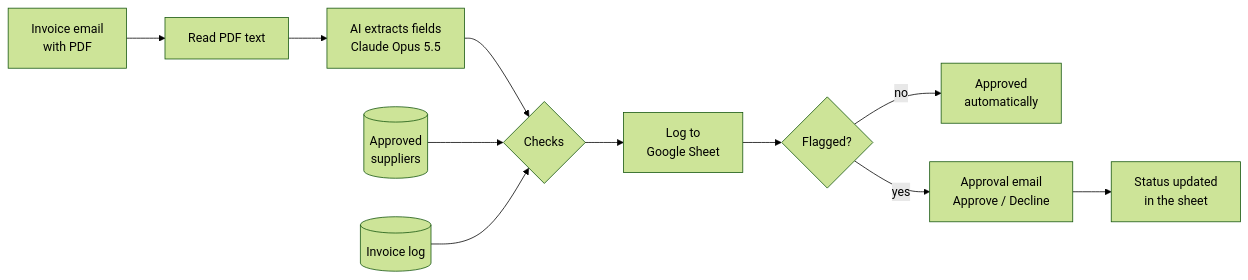
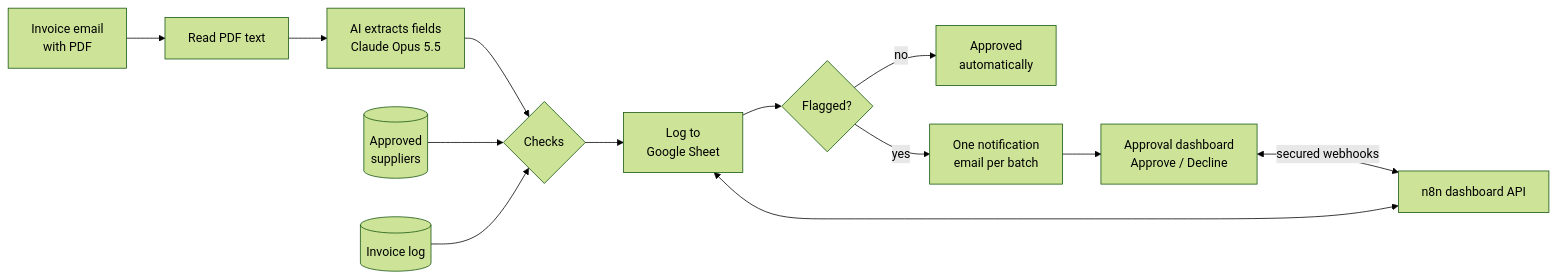
Before and after one commit to varzaria/invoice-automation: the diagram in README.md, drawn with Mermaid (forest theme). The commit also changed other lines of this file and 3 other files, not shown here.

Commit message:
Document the approval dashboard; back up both n8n workflows

````diff
--- a/README.md
+++ b/README.md
@@ -20,13 +21,15 @@
 ```mermaid
 flowchart LR
     E[Invoice email<br/>with PDF] --> X[Read PDF text]
     X --> AI[AI extracts fields<br/>Claude Opus 5.5]
     AI --> C{Checks}
     S[(Approved<br/>suppliers)] --> C
     L[(Invoice log)] --> C
     C --> G[Log to<br/>Google Sheet]
     G --> Q{Flagged?}
     Q -- "no" --> Done[Approved<br/>automatically]
-    Q -- "yes" --> M[Approval email<br/>Approve / Decline]
-    M --> U[Status updated<br/>in the sheet]
+    Q -- "yes" --> N[One notification<br/>email per batch]
+    N --> D[Approval dashboard<br/>Approve / Decline]
+    D <-- "secured webhooks" --> API[n8n dashboard API]
+    API <--> G
 ```
````
